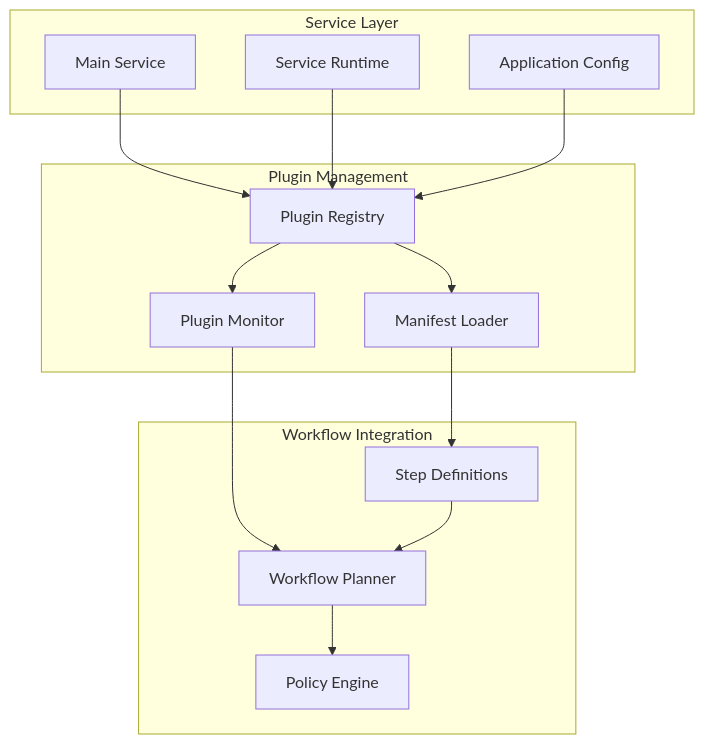
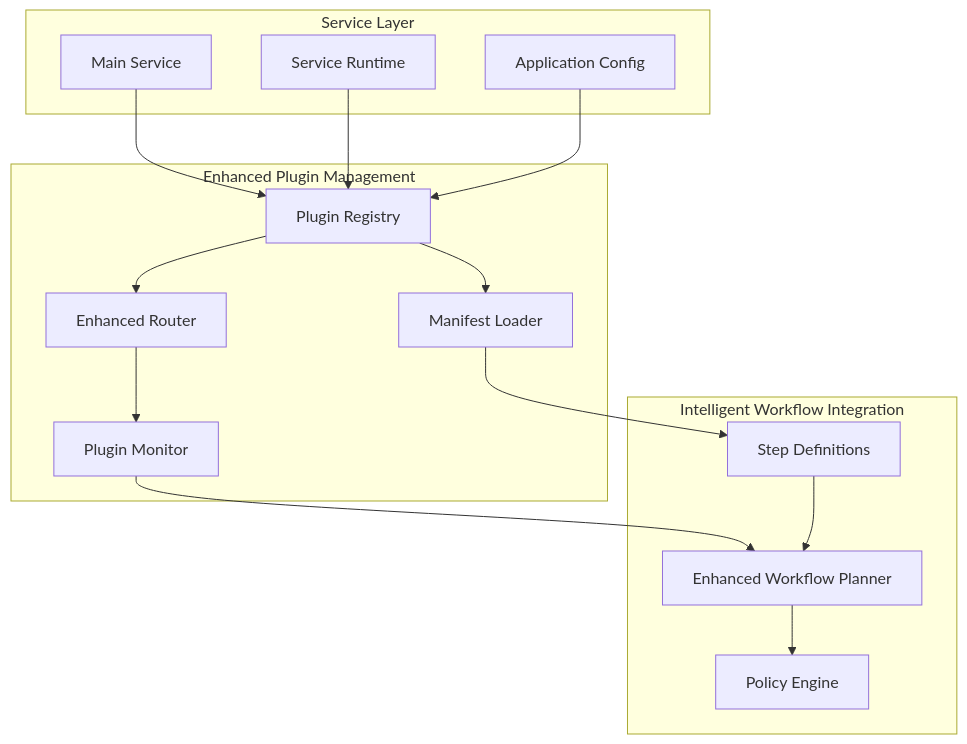
Diagram 12 of 12 in .qoder/repowiki/en/content/Integration and Extensions/Capability Plugin System.md (intellistream/sage-mate), drawn with Mermaid before and after one commit. The commit also changed other lines of this file and 136 other files, not shown here.

First line of the commit message:
chore: source updates, bidirectional link graph, data and repowiki refresh

````diff
--- a/.qoder/repowiki/en/content/Integration and Extensions/Capability Plugin System.md
+++ b/.qoder/repowiki/en/content/Integration and Extensions/Capability Plugin System.md
@@ -385,27 +610,29 @@
 ```mermaid
 graph TB
 subgraph "Service Layer"
 Service[Main Service]
 Runtime[Service Runtime]
 Config[Application Config]
 end
-subgraph "Plugin Management"
+subgraph "Enhanced Plugin Management"
 Registry[Plugin Registry]
+Router[Enhanced Router]
 Loader[Manifest Loader]
 Monitor[Plugin Monitor]
 end
-subgraph "Workflow Integration"
-Planner[Workflow Planner]
+subgraph "Intelligent Workflow Integration"
+Planner[Enhanced Workflow Planner]
 Steps[Step Definitions]
 Policy[Policy Engine]
 end
 Service --> Registry
 Runtime --> Registry
 Config --> Registry
 Registry --> Loader
-Registry --> Monitor
+Registry --> Router
+Router --> Monitor
 Loader --> Steps
 Monitor --> Planner
 Steps --> Planner
 Planner --> Policy
 ```
````
